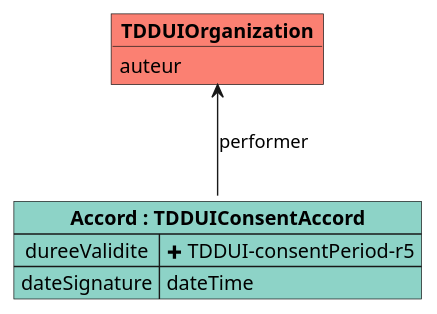
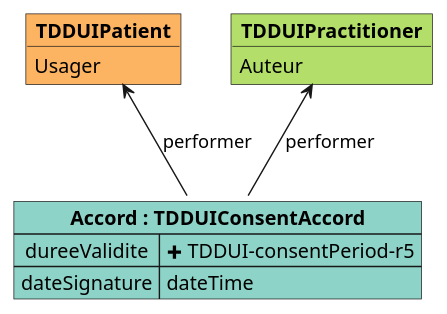
The diagram in input/images-source/mapping_TDDUIConsentAccord.plantuml (ansforge/IG-fhir-medicosocial-transfert-donnees-dui), drawn with PlantUML before and after one commit. The commit also changed 32 other files, not shown here.

```diff
--- a/input/images-source/mapping_TDDUIConsentAccord.plantuml
+++ b/input/images-source/mapping_TDDUIConsentAccord.plantuml
@@ -1,14 +1,19 @@
 @startuml
 
-object "**TDDUIOrganization**" as TDDUIOrganization_performer #fb8072 {
-    auteur
+object "**TDDUIPractitioner**" as TDDUIPractitioner #b3de69 {
+    Auteur
+}
+
+object "**TDDUIPatient**" as TDDUIPatient_subject #fdb462 {
+    Usager
 }
 
 map "**Accord : TDDUIConsentAccord**" as Accord #8dd3c7 {
     dureeValidite => <&plus> TDDUI-consentPeriod-r5
     dateSignature => dateTime
 }
 
-Accord -u-> TDDUIOrganization_performer : performer
+Accord -u-> TDDUIPractitioner : performer
+Accord -u-> TDDUIPatient_subject : performer
 
 @enduml
```
